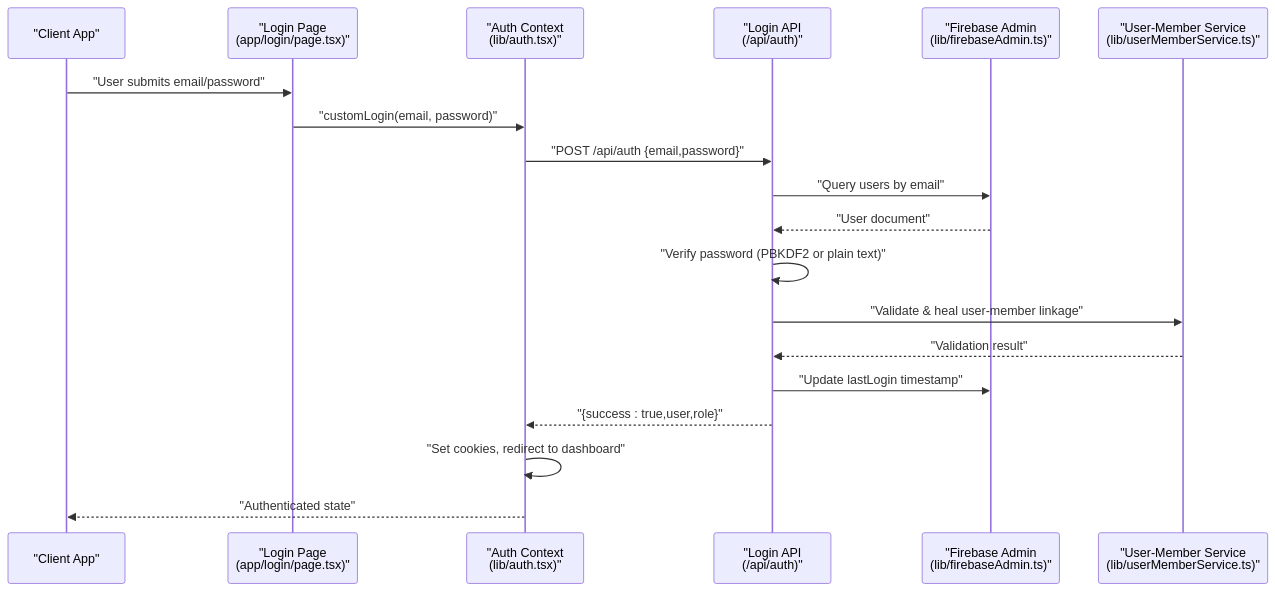
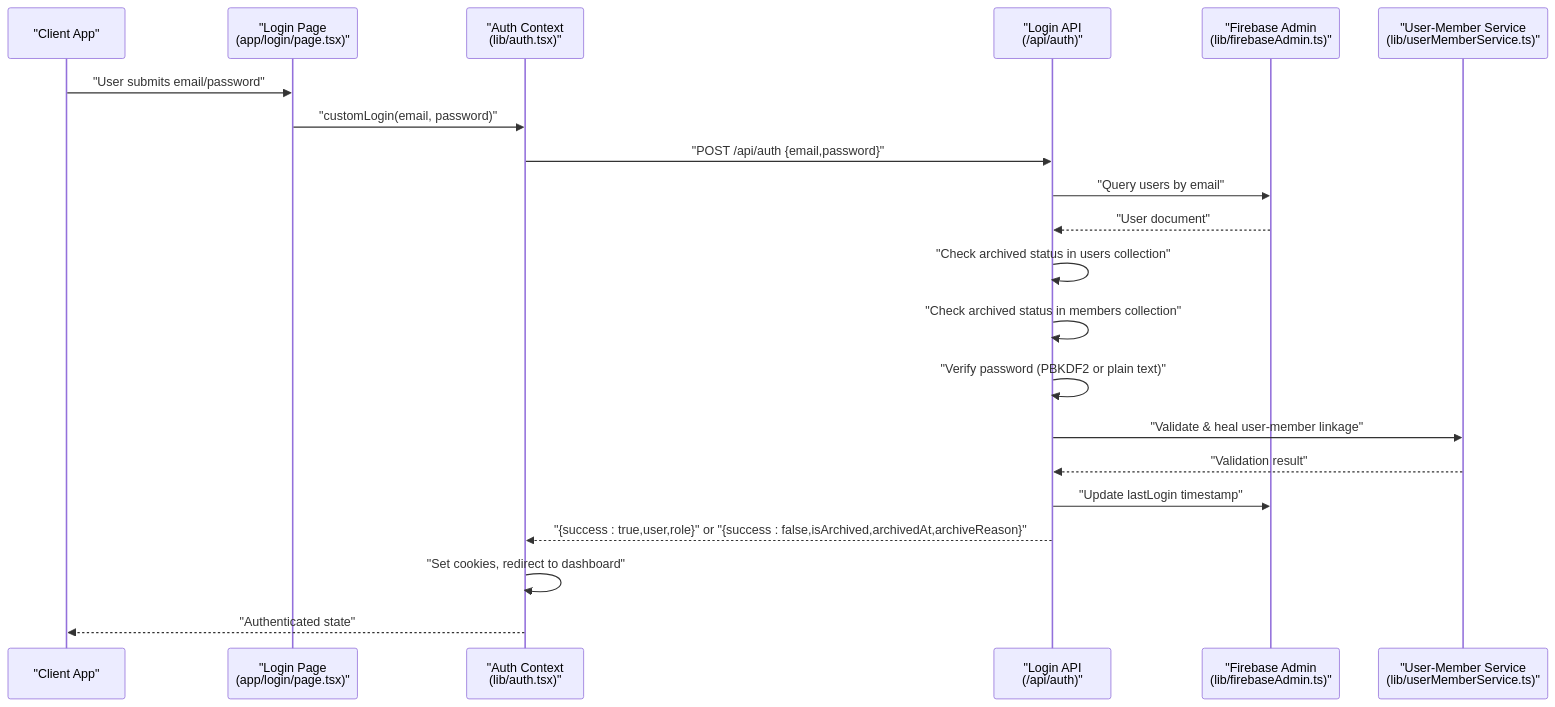
The second of 4 diagrams in .qoder/repowiki/en/content/API Endpoints Reference/Authentication API.md (Unsure-bry/sampacoop_system), drawn with Mermaid before and after one commit. The commit also changed other lines of this file and 7 other files, not shown here.

````diff
--- a/.qoder/repowiki/en/content/API Endpoints Reference/Authentication API.md
+++ b/.qoder/repowiki/en/content/API Endpoints Reference/Authentication API.md
@@ -133,21 +143,23 @@
 ```mermaid
 sequenceDiagram
 participant C as "Client App"
 participant UI as "Login Page<br/>(app/login/page.tsx)"
 participant AC as "Auth Context<br/>(lib/auth.tsx)"
 participant API as "Login API<br/>(/api/auth)"
 participant FA as "Firebase Admin<br/>(lib/firebaseAdmin.ts)"
 participant UM as "User-Member Service<br/>(lib/userMemberService.ts)"
 C->>UI : "User submits email/password"
 UI->>AC : "customLogin(email, password)"
 AC->>API : "POST /api/auth {email,password}"
 API->>FA : "Query users by email"
 FA-->>API : "User document"
+API->>API : "Check archived status in users collection"
+API->>API : "Check archived status in members collection"
 API->>API : "Verify password (PBKDF2 or plain text)"
 API->>UM : "Validate & heal user-member linkage"
 UM-->>API : "Validation result"
 API->>FA : "Update lastLogin timestamp"
-API-->>AC : "{success : true,user,role}"
+API-->>AC : "{success : true,user,role}" or "{success : false,isArchived,archivedAt,archiveReason}"
 AC->>AC : "Set cookies, redirect to dashboard"
 AC-->>C : "Authenticated state"
 ```
````
